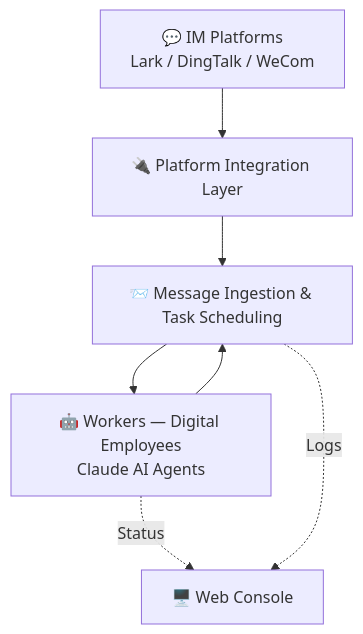
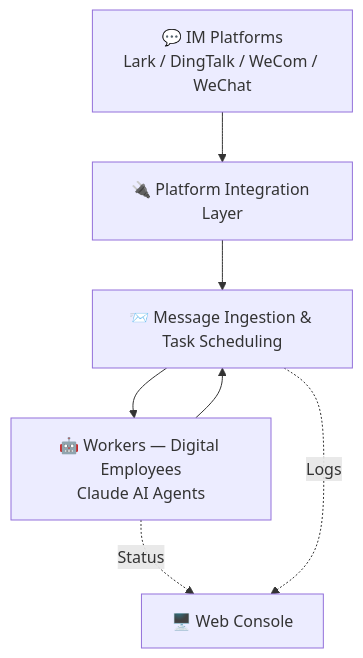
One commit to theopenbee/openbee changed the diagram in README.md. Above: the diagram before and after it, drawn with Mermaid. The commit also changed other lines of this file and 13 other files, not shown here.

````diff
--- a/README.md
+++ b/README.md
@@ -111,9 +111,9 @@
 ```mermaid
 graph TD
-    A["💬 IM Platforms\nLark / DingTalk / WeCom"] --> B["🔌 Platform Integration Layer"]
+    A["💬 IM Platforms\nLark / DingTalk / WeCom / WeChat"] --> B["🔌 Platform Integration Layer"]
     B --> C["📨 Message Ingestion & Task Scheduling"]
     C --> D["🤖 Workers — Digital Employees\nClaude AI Agents"]
     D --> C
     D -. "Status" .-> E["🖥️ Web Console"]
     C -. "Logs" .-> E
 ```
````
